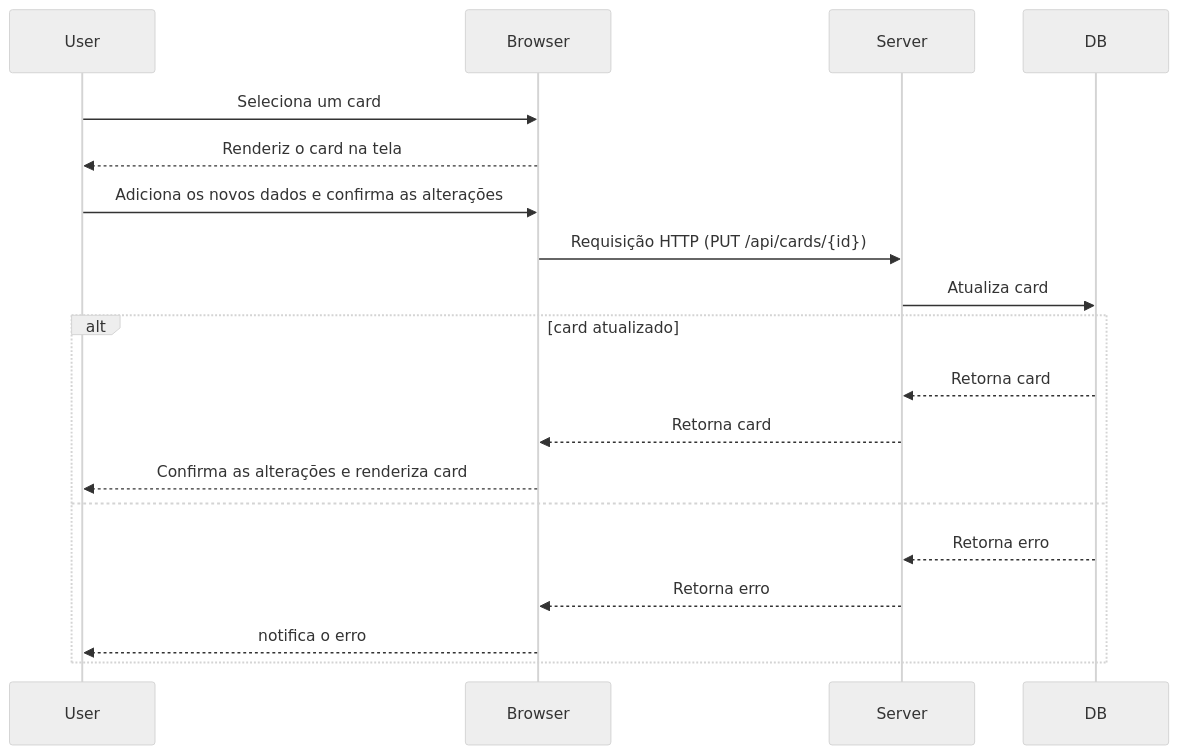
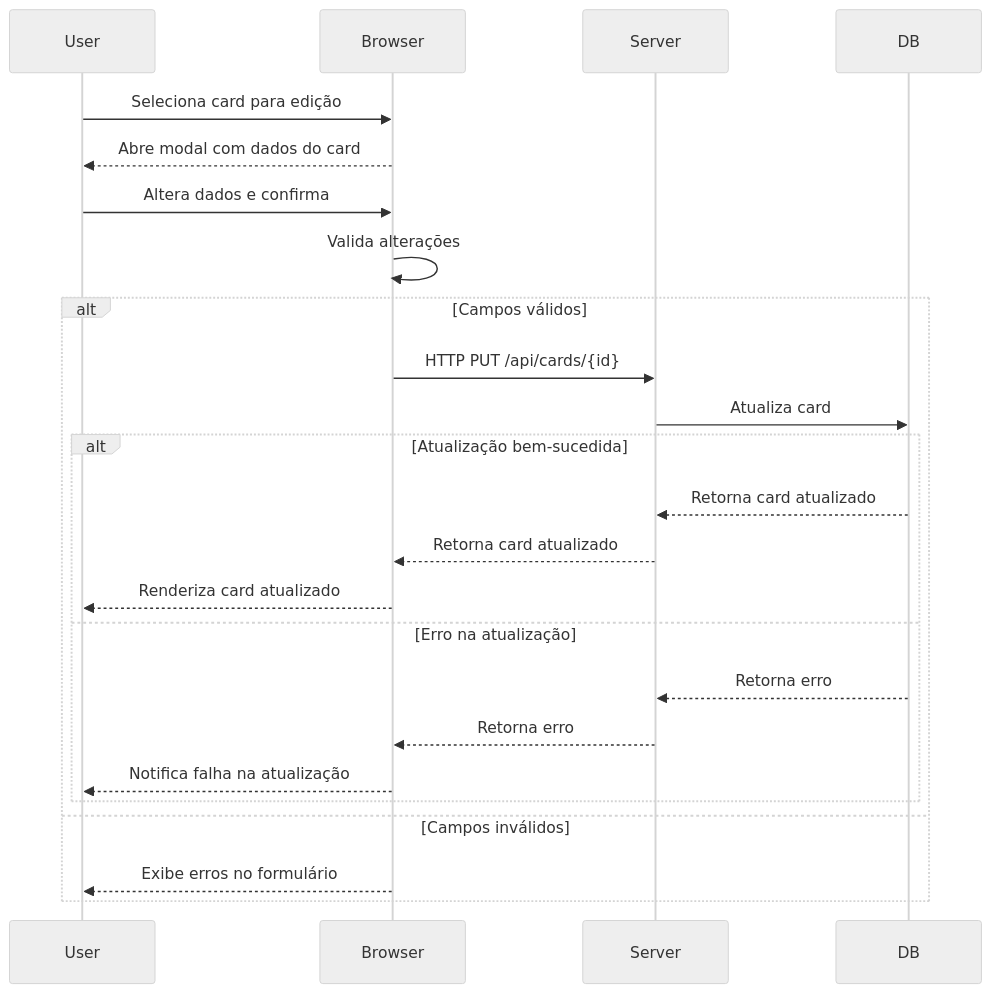
One commit to WallaceBarrosDev/My-Kanban-bord changed the third of 5 diagrams in docs/Modelagem-de-requisitos.md. Above: the diagram before and after it, drawn with Mermaid (neutral theme). The commit also changed other lines of this file and 1 other file, not shown here.

````diff
--- a/docs/Modelagem-de-requisitos.md
+++ b/docs/Modelagem-de-requisitos.md
@@ -51,23 +63,28 @@
 ```mermaid
 sequenceDiagram
 participant User
 participant Browser
 participant Server
 participant DB
 
-User->>Browser: Seleciona um card
-Browser-->>User: Renderiz o card na tela
-User->>Browser: Adiciona os novos dados e confirma as alterações
-Browser->>Server: Requisição HTTP (PUT /api/cards/{id})
+User->>Browser: Seleciona card para edição
+Browser-->>User: Abre modal com dados do card
+
+User->>Browser: Altera dados e confirma
+Browser->>Browser: Valida alterações
+alt Campos válidos
+Browser->>Server: HTTP PUT /api/cards/{id}
 Server->>DB: Atualiza card
-alt card atualizado
-DB-->>Server: Retorna card
-Server-->>Browser: Retorna card
-Browser-->>User: Confirma as alterações e renderiza card
-else
+alt Atualização bem-sucedida
+DB-->>Server: Retorna card atualizado
+Server-->>Browser: Retorna card atualizado
+Browser-->>User: Renderiza card atualizado
+else Erro na atualização
 DB-->>Server: Retorna erro
 Server-->>Browser: Retorna erro
-Browser-->>User: notifica o erro
+Browser-->>User: Notifica falha na atualização
 end
-
+else Campos inválidos
+Browser-->>User: Exibe erros no formulário
+end
 ```
````
